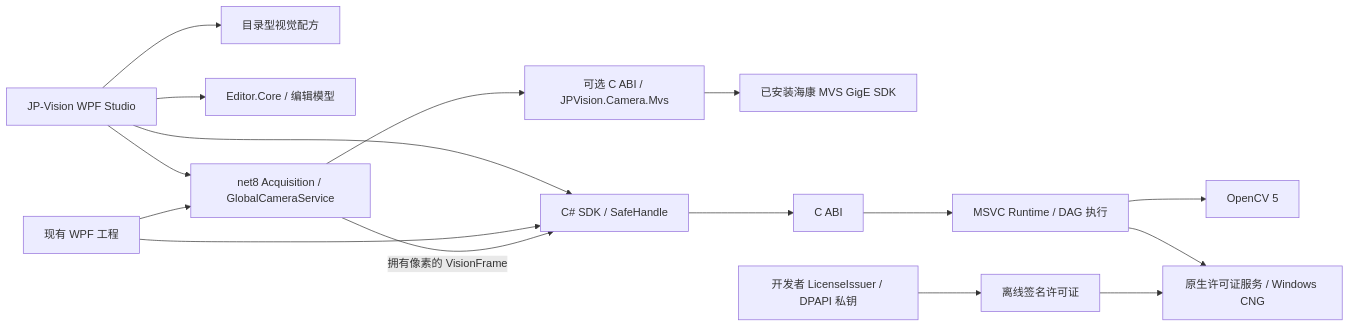
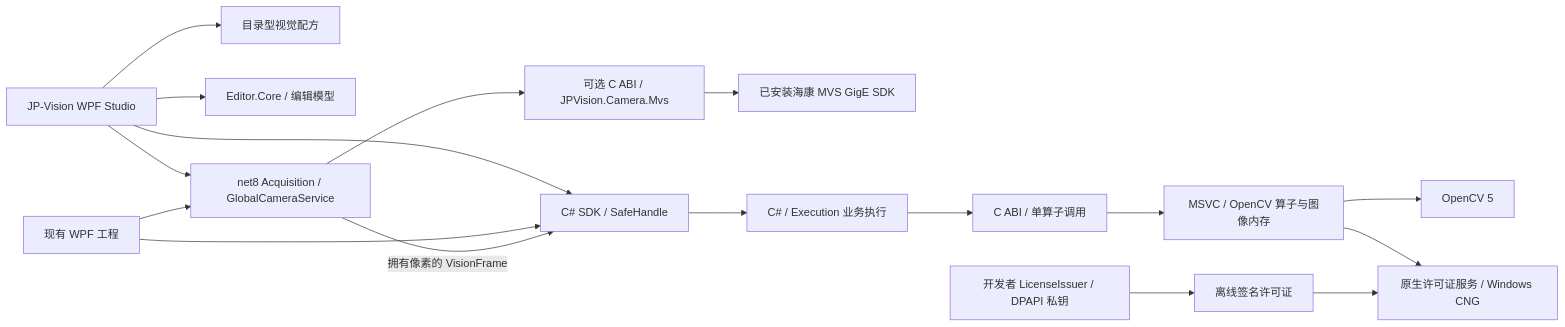
Before and after one commit to chanrylx666-oss/VisionGOAT: the diagram in docs/architecture.md, drawn with Mermaid. The commit also changed other lines of this file and 40 other files, not shown here.

````diff
--- a/docs/architecture.md
+++ b/docs/architecture.md
@@ -5,18 +5,19 @@
 ```mermaid
 flowchart LR
     Studio[JP-Vision WPF Studio] --> Recipe[目录型视觉配方]
     Studio --> Editor[Editor.Core / 编辑模型]
     Studio --> SDK
     WPF[现有 WPF 工程] --> SDK[C# SDK / SafeHandle]
     Studio --> Acquisition[net8 Acquisition / GlobalCameraService]
     WPF --> Acquisition
     Acquisition --> Bridge[可选 C ABI / JPVision.Camera.Mvs]
     Bridge --> MVS[已安装海康 MVS GigE SDK]
     Acquisition -->|拥有像素的 VisionFrame| SDK
-    SDK --> CABI[C ABI]
-    CABI --> Runtime[MSVC Runtime / DAG 执行]
+    SDK --> Workflow[C# / Execution 业务执行]
+    Workflow --> CABI[C ABI / 单算子调用]
+    CABI --> Runtime[MSVC / OpenCV 算子与图像内存]
     Runtime --> OpenCV[OpenCV 5]
     Runtime --> License[原生许可证服务 / Windows CNG]
     Issuer[开发者 LicenseIssuer / DPAPI 私钥] --> Grant[离线签名许可证]
     Grant --> License
 ```
````
